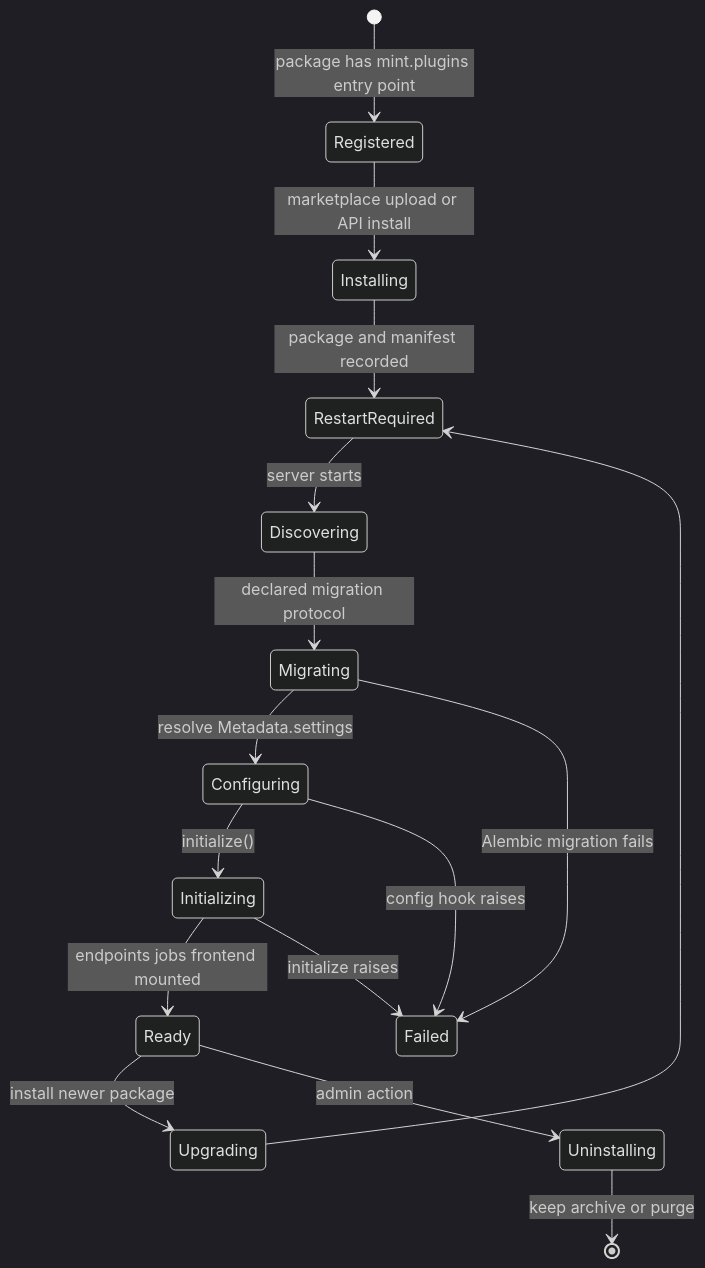
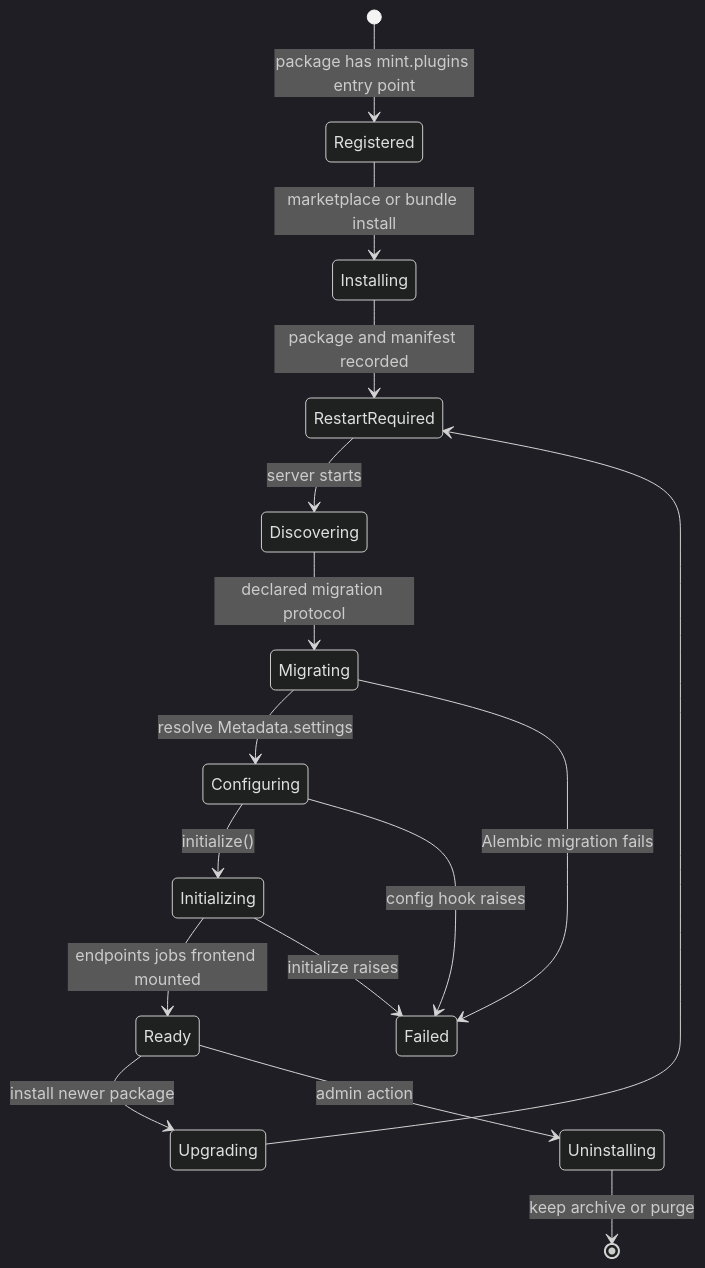
One commit to MorscherLab/MINT-docs changed the diagram in sdk/concepts/lifecycle.md. Above: the diagram before and after it, drawn with Mermaid (dark theme). The commit also changed other lines of this file and 172 other files, not shown here.

````diff
--- a/sdk/concepts/lifecycle.md
+++ b/sdk/concepts/lifecycle.md
@@ -17,18 +7,18 @@
 ```mermaid
 stateDiagram-v2
     [*] --> Registered: package has mint.plugins entry point
-    Registered --> Installing: marketplace upload or API install
+    Registered --> Installing: marketplace or bundle install
     Installing --> RestartRequired: package and manifest recorded
     RestartRequired --> Discovering: server starts
     Discovering --> Migrating: declared migration protocol
     Migrating --> Configuring: resolve Metadata.settings
     Configuring --> Initializing: initialize()
     Initializing --> Ready: endpoints jobs frontend mounted
     Ready --> Upgrading: install newer package
     Upgrading --> RestartRequired
     Ready --> Uninstalling: admin action
     Uninstalling --> [*]: keep archive or purge
     Migrating --> Failed: Alembic migration fails
     Configuring --> Failed: config hook raises
     Initializing --> Failed: initialize raises
 ```
````
